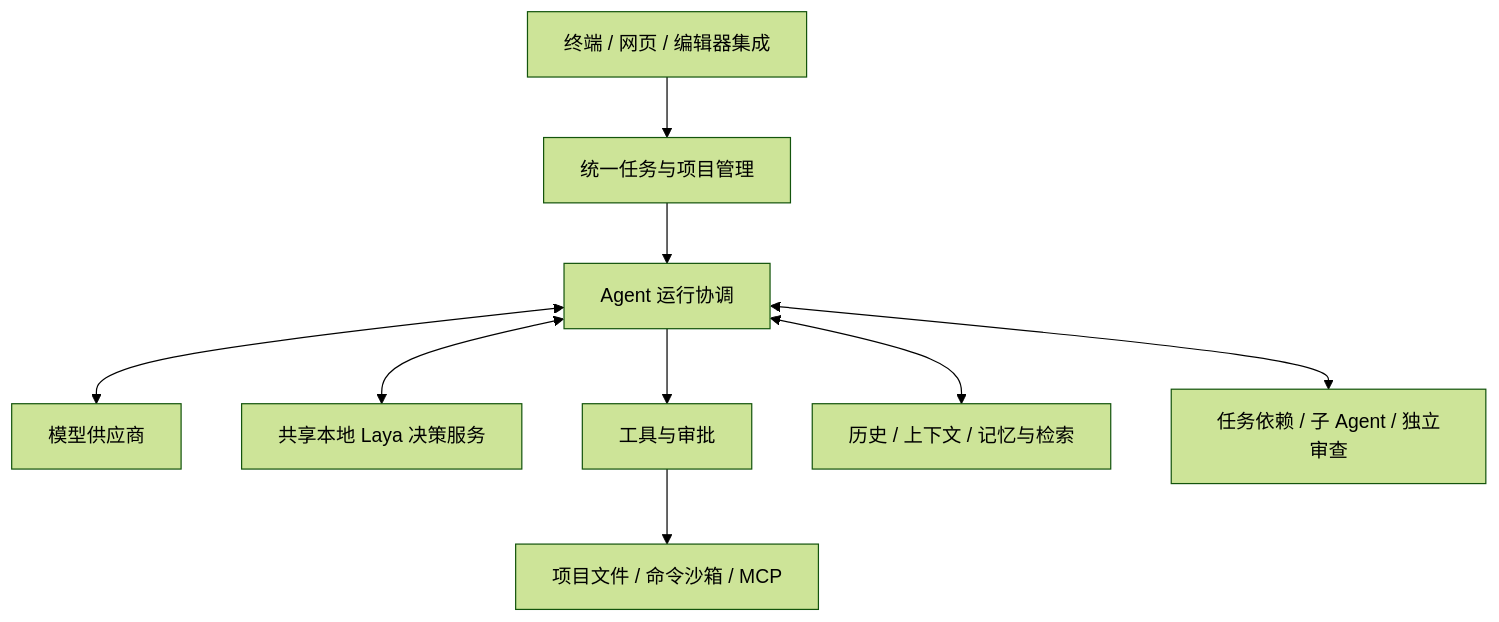
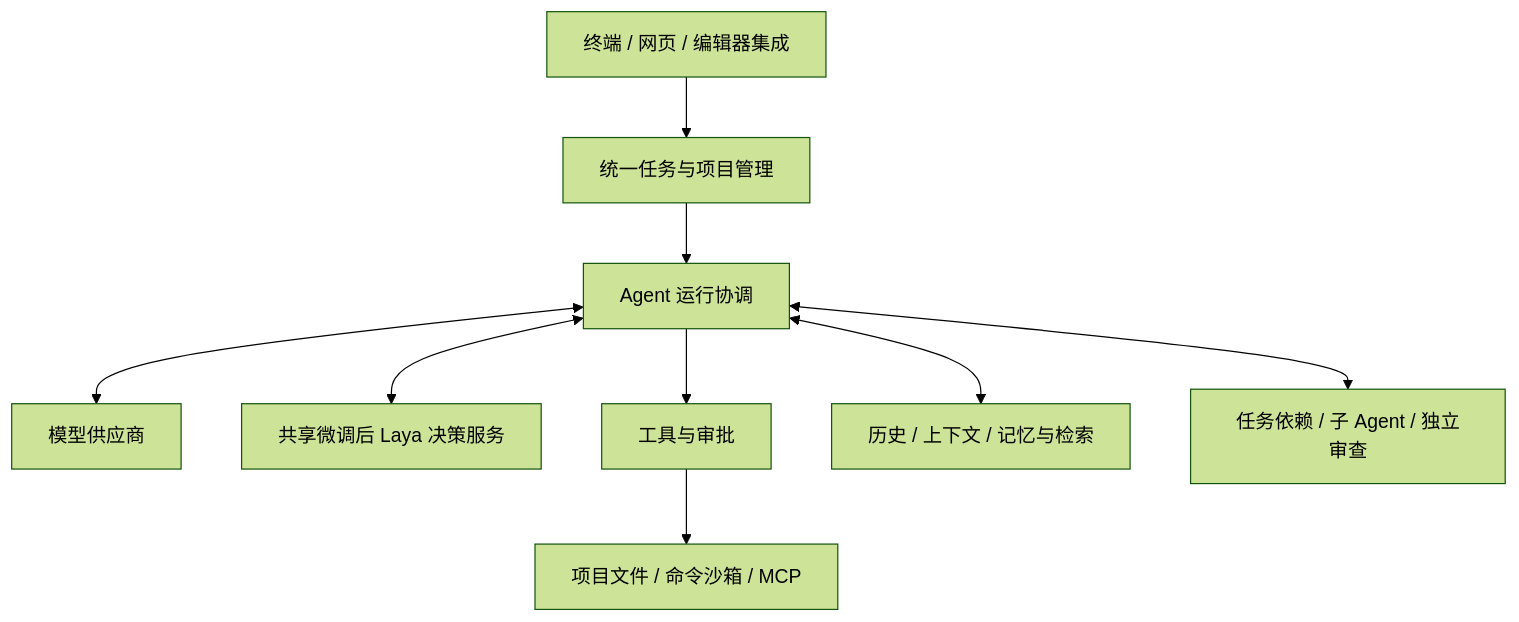
One commit to dd1000001000/EASY_CODE changed the diagram in docs/TECHNICAL_DESIGN_ZH.md. Above: the diagram before and after it, drawn with Mermaid (forest theme). The commit also changed other lines of this file and 12 other files, not shown here.

````diff
--- a/docs/TECHNICAL_DESIGN_ZH.md
+++ b/docs/TECHNICAL_DESIGN_ZH.md
@@ -11,11 +11,11 @@
 ```mermaid
 flowchart TD
     UI[终端 / 网页 / 编辑器集成] --> APP[统一任务与项目管理]
     APP --> AGENT[Agent 运行协调]
     AGENT <--> MODEL[模型供应商]
-    AGENT <--> LOCAL[共享本地 Laya 决策服务]
+    AGENT <--> LOCAL[共享微调后 Laya 决策服务]
     AGENT --> TOOLS[工具与审批]
     TOOLS --> ENV[项目文件 / 命令沙箱 / MCP]
     AGENT <--> MEMORY[历史 / 上下文 / 记忆与检索]
     AGENT <--> TEAM[任务依赖 / 子 Agent / 独立审查]
 ```
````
